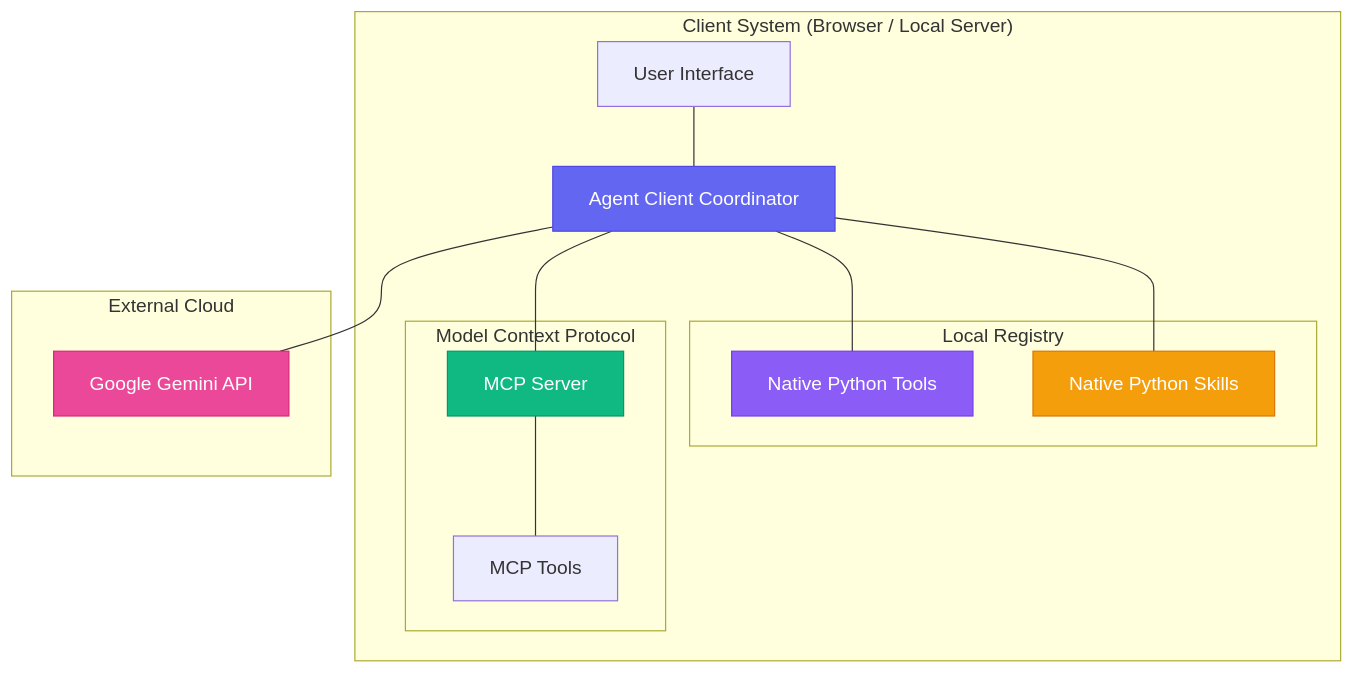
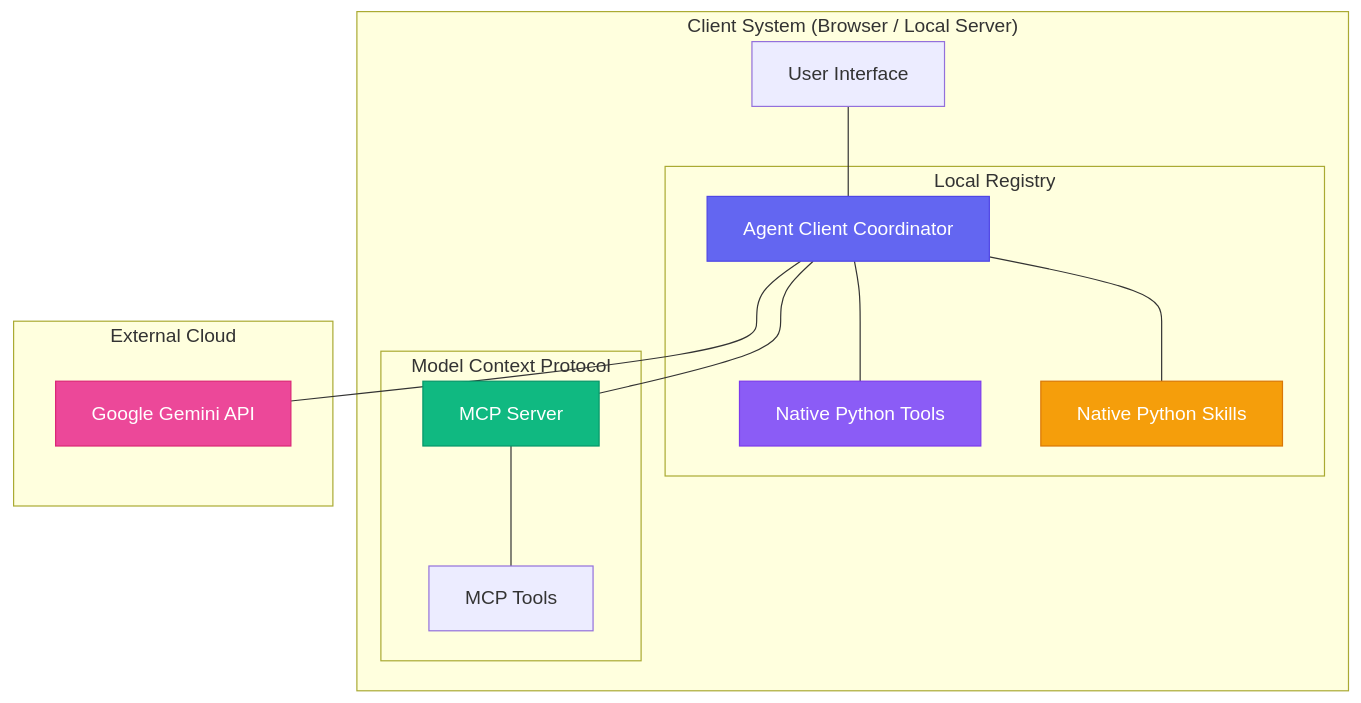
Before and after one commit to vdonthireddy/ai-agent-skills-sandbox: the first of 3 diagrams in README.md, drawn with Mermaid. The commit also changed other lines of this file, not shown here.

Commit message:
Clean up sequence diagrams in README.md by removing file extensions from participant names and splitting Flow B capability declaration routes

````diff
--- a/README.md
+++ b/README.md
@@ -80,36 +80,26 @@
 ```mermaid
 flowchart TD
     subgraph ClientSystem ["Client System (Browser / Local Server)"]
-        User["User Interface"]
-        App["Agent Client Coordinator"]
-        
-        User --- App
+        User[User Interface] --- App[Agent Client Coordinator]
         
         subgraph LocalRegistry ["Local Registry"]
-            Tools["Native Python Tools"]
-            Skills["Native Python Skills"]
+            App --- Tools[Native Python Tools]
+            App --- Skills[Native Python Skills]
         end
         
         subgraph MCP ["Model Context Protocol"]
-            MCPServer["MCP Server"]
-            MCPTools["MCP Tools"]
-            MCPServer --- MCPTools
+            App --- MCPServer[MCP Server]
+            MCPServer --- MCPTools[MCP Tools]
         end
-        
-        App --- Tools
-        App --- Skills
-        App --- MCPServer
     end
     
     subgraph ExternalCloud ["External Cloud"]
-        LLM["Google Gemini API"]
+        App --- LLM[Google Gemini API]
     end
-    
-    App --- LLM
     
     style App fill:#6366f1,stroke:#4f46e5,color:#fff
     style LLM fill:#ec4899,stroke:#db2777,color:#fff
     style MCPServer fill:#10b981,stroke:#059669,color:#fff
     style Tools fill:#8b5cf6,stroke:#7c3aed,color:#fff
     style Skills fill:#f59e0b,stroke:#d97706,color:#fff
 ```
````
